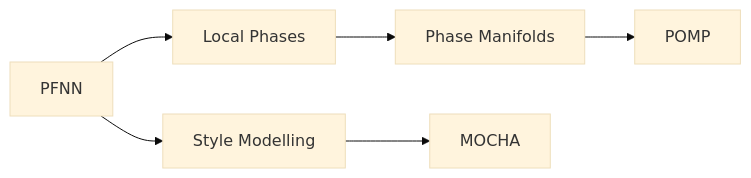
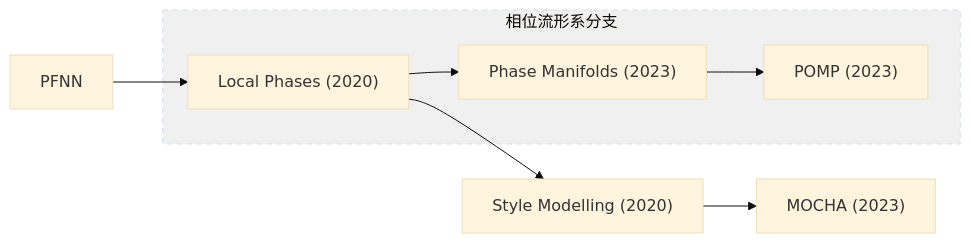
The second of 27 diagrams in src/Locomotion_Survey.md (CaterpillarStudyGroup/GAMES105_mdbook), drawn with Mermaid (base theme) before and after one commit. The commit also changed other lines of this file, not shown here.

````diff
--- a/src/Locomotion_Survey.md
+++ b/src/Locomotion_Survey.md
@@ -85,8 +85,13 @@
 ```mermaid
 flowchart LR
-    PFNN --> LP["Local Phases"]
-    PFNN --> SM["Style Modelling"]
-    LP --> PM["Phase Manifolds"]
-    SM --> MOCHA
-    PM --> POMP
+    PFNN --> LP["Local Phases (2020)"]
+    LP --> SM["Style Modelling (2020)"]
+    SM --> MOCHA["MOCHA (2023)"]
+
+    subgraph 相位流形系分支
+    LP --> PM["Phase Manifolds (2023)"]
+    PM --> POMP["POMP (2023)"]
+    end
+
+    style 相位流形系分支 fill:#f0f0f0,stroke-dasharray: 5 5
 ```
````
